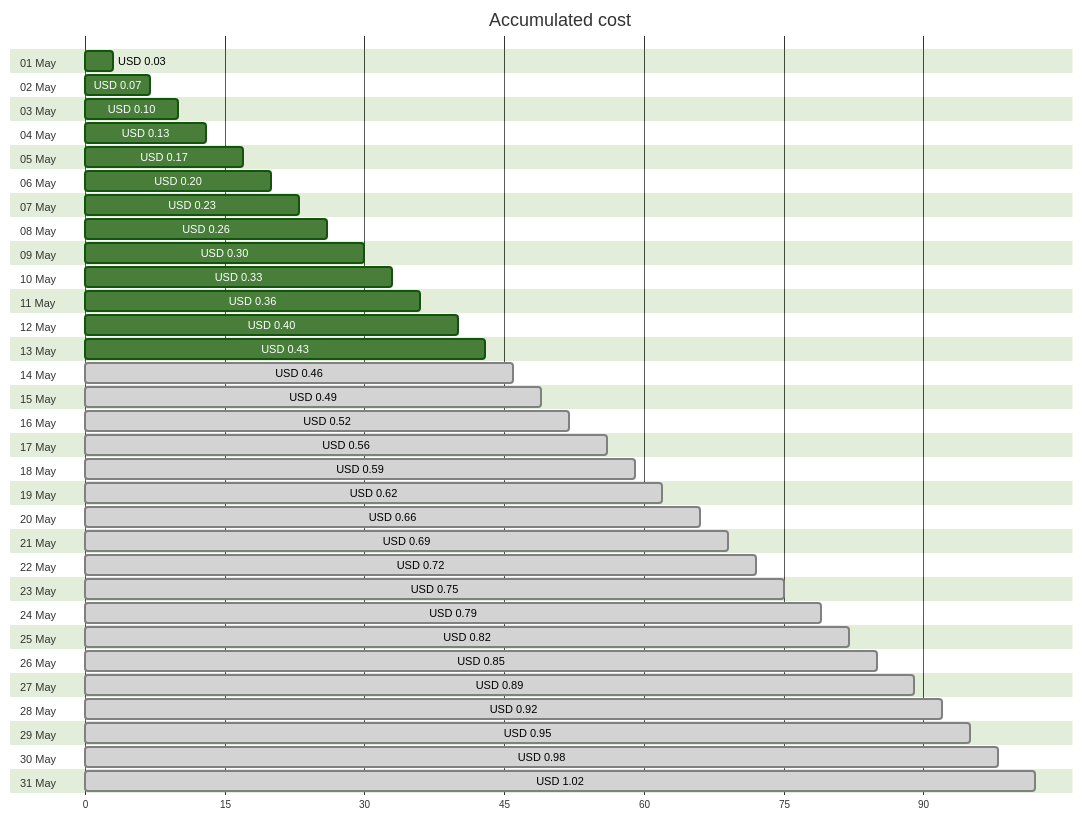
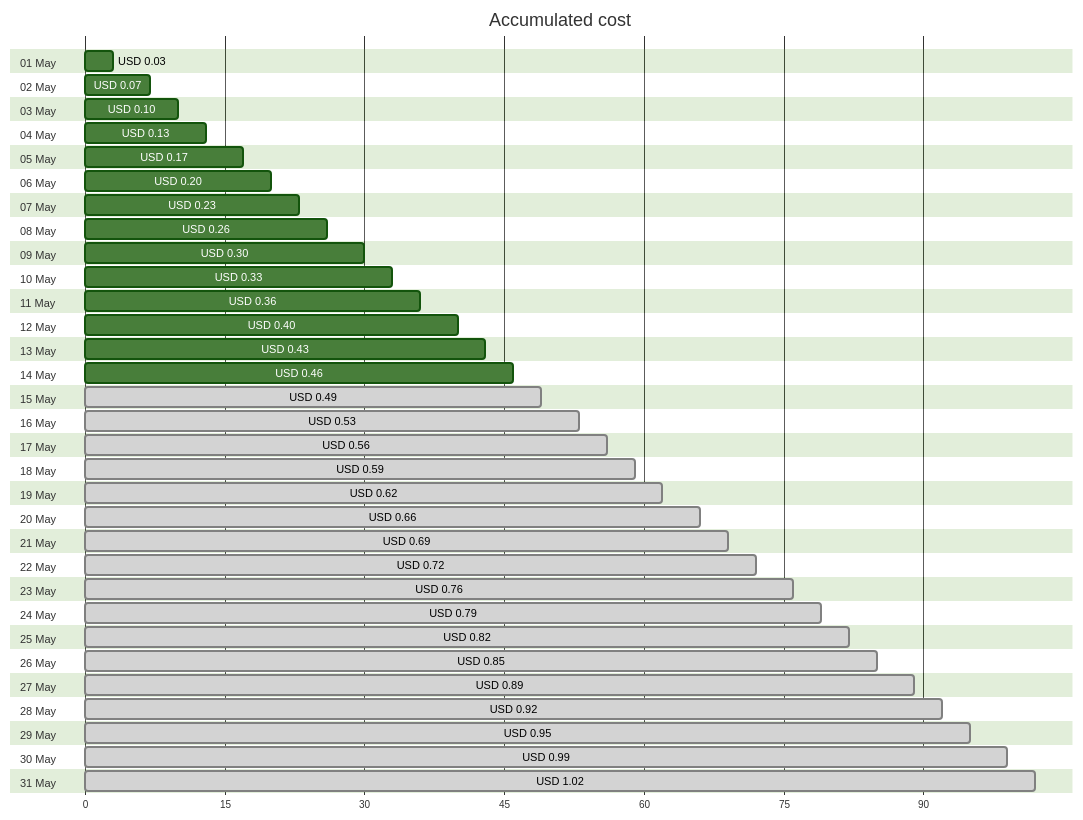
Before and after one commit to jpfulton/azure-personal-reports: the first of 4 diagrams in cost-reports/personal-dns/README.md, drawn with Mermaid (forest theme). The commit also changed other lines of this file and 2 other files, not shown here.

````diff
--- a/cost-reports/personal-dns/README.md
+++ b/cost-reports/personal-dns/README.md
@@ -20,68 +20,68 @@
 ```mermaid
 gantt
    title Accumulated cost
    dateFormat  X
    axisFormat %s
    section 01 May
    USD 0.03 :0, 3
    section 02 May
    USD 0.07 :0, 7
    section 03 May
    USD 0.10 :0, 10
    section 04 May
    USD 0.13 :0, 13
    section 05 May
    USD 0.17 :0, 17
    section 06 May
    USD 0.20 :0, 20
    section 07 May
    USD 0.23 :0, 23
    section 08 May
    USD 0.26 :0, 26
    section 09 May
    USD 0.30 :0, 30
    section 10 May
    USD 0.33 :0, 33
    section 11 May
    USD 0.36 :0, 36
    section 12 May
    USD 0.40 :0, 40
    section 13 May
    USD 0.43 :0, 43
    section 14 May
-   USD 0.46 : done, 0, 46
+   USD 0.46 :0, 46
    section 15 May
    USD 0.49 : done, 0, 49
    section 16 May
-   USD 0.52 : done, 0, 52
+   USD 0.53 : done, 0, 53
    section 17 May
    USD 0.56 : done, 0, 56
    section 18 May
    USD 0.59 : done, 0, 59
    section 19 May
    USD 0.62 : done, 0, 62
    section 20 May
    USD 0.66 : done, 0, 66
    section 21 May
    USD 0.69 : done, 0, 69
    section 22 May
    USD 0.72 : done, 0, 72
    section 23 May
-   USD 0.75 : done, 0, 75
+   USD 0.76 : done, 0, 76
    section 24 May
    USD 0.79 : done, 0, 79
    section 25 May
    USD 0.82 : done, 0, 82
    section 26 May
    USD 0.85 : done, 0, 85
    section 27 May
    USD 0.89 : done, 0, 89
    section 28 May
    USD 0.92 : done, 0, 92
    section 29 May
    USD 0.95 : done, 0, 95
    section 30 May
-   USD 0.98 : done, 0, 98
+   USD 0.99 : done, 0, 99
    section 31 May
    USD 1.02 : done, 0, 102
 ```
````
